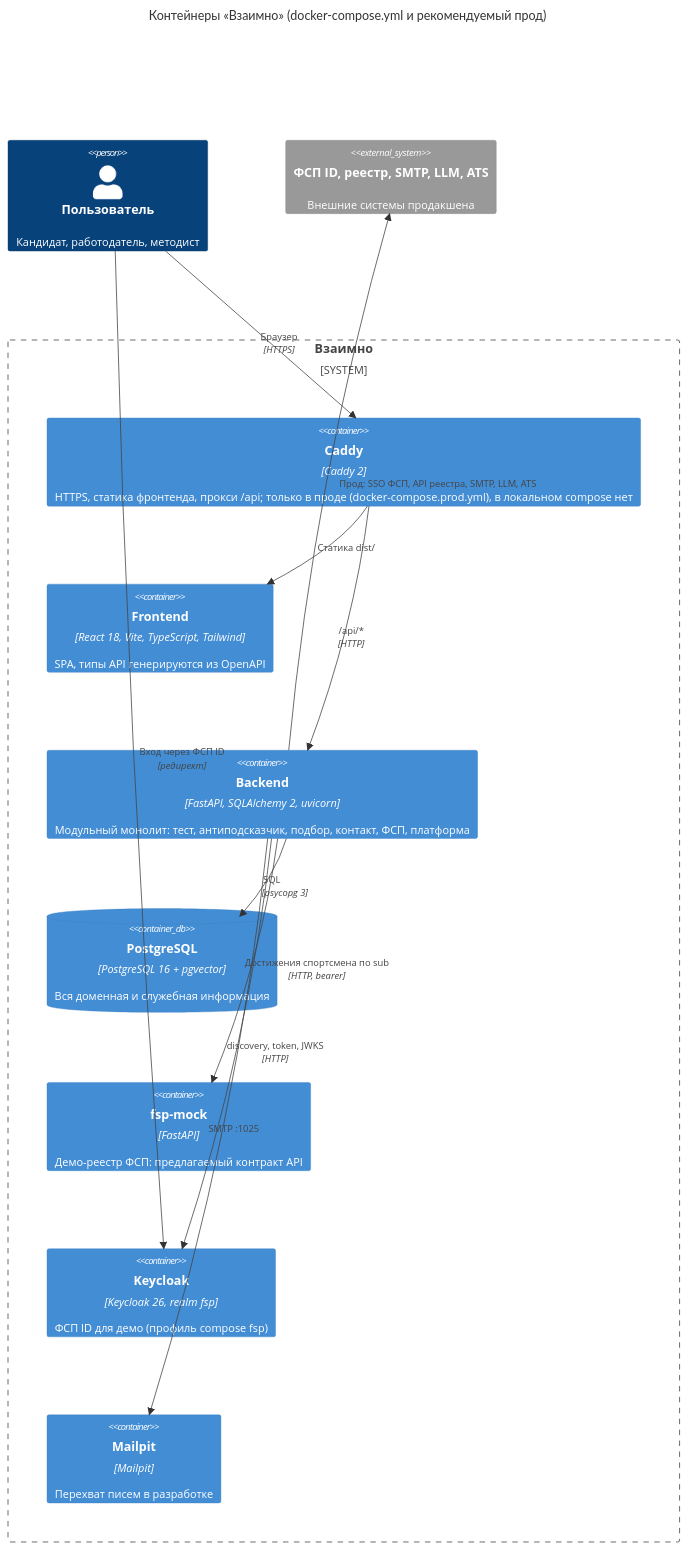
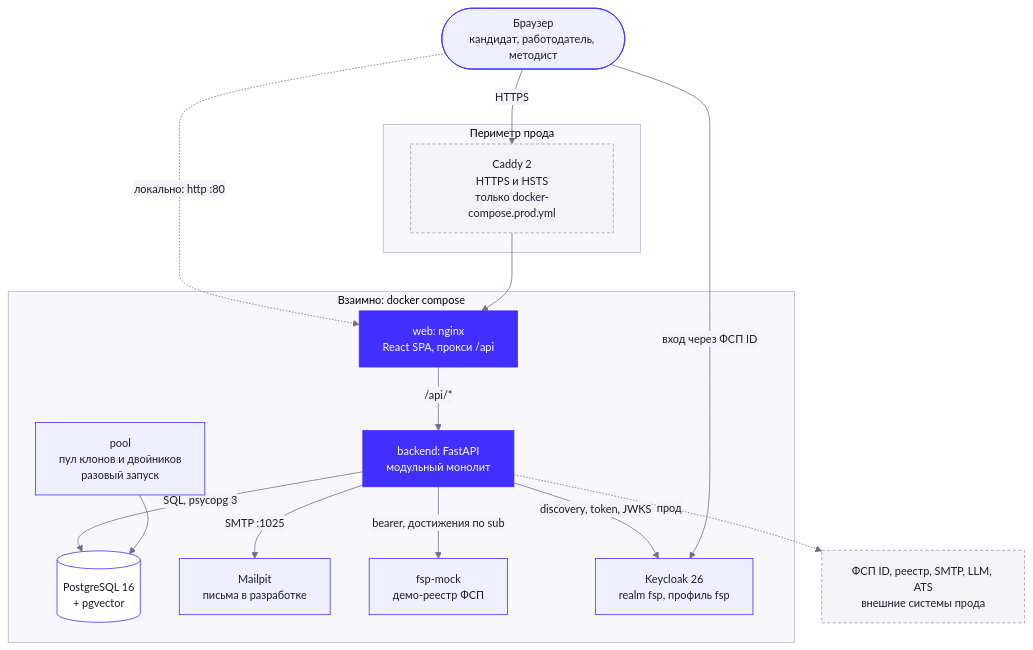
One commit to lpogosu/lct-msk changed the third of 16 diagrams in docs/ARCHITECTURE.md. Above: the diagram before and after it, drawn with Mermaid. The commit also changed other lines of this file and 49 other files, not shown here.

First line of the commit message:
Документация для жюри: карта по обязательному перечню, README-витрина, 26 схем Mermaid в едином стиле, API по OpenAPI (219 эндпоинтов), библиотеки по lock-файлам, сборка PDF (make docs-pdf)

````diff
--- a/docs/ARCHITECTURE.md
+++ b/docs/ARCHITECTURE.md
@@ -102,24 +107,32 @@
 ```mermaid
-C4Container
-  title Контейнеры «Взаимно» (docker-compose.yml и рекомендуемый прод)
-  Person(user, "Пользователь", "Кандидат, работодатель, методист")
-  System_Boundary(vz, "Взаимно") {
-    Container(proxy, "Caddy", "Caddy 2", "HTTPS, статика фронтенда, прокси /api; только в проде (docker-compose.prod.yml), в локальном compose нет")
-    Container(web, "Frontend", "React 18, Vite, TypeScript, Tailwind", "SPA, типы API генерируются из OpenAPI")
-    Container(api, "Backend", "FastAPI, SQLAlchemy 2, uvicorn", "Модульный монолит: тест, антиподсказчик, подбор, контакт, ФСП, платформа")
-    ContainerDb(db, "PostgreSQL", "PostgreSQL 16 + pgvector", "Вся доменная и служебная информация")
-    Container(mock, "fsp-mock", "FastAPI", "Демо-реестр ФСП: предлагаемый контракт API")
-    Container(kc, "Keycloak", "Keycloak 26, realm fsp", "ФСП ID для демо (профиль compose fsp)")
-    Container(mail, "Mailpit", "Mailpit", "Перехват писем в разработке")
-  }
-  System_Ext(ext, "ФСП ID, реестр, SMTP, LLM, ATS", "Внешние системы продакшена")
-  Rel(user, proxy, "Браузер", "HTTPS")
-  Rel(proxy, web, "Статика dist/")
-  Rel(proxy, api, "/api/*", "HTTP")
-  Rel(api, db, "SQL", "psycopg 3")
-  Rel(api, mock, "Достижения спортсмена по sub", "HTTP, bearer")
-  Rel(api, kc, "discovery, token, JWKS", "HTTP")
-  Rel(user, kc, "Вход через ФСП ID", "редирект")
-  Rel(api, mail, "SMTP :1025")
-  Rel(api, ext, "Прод: SSO ФСП, API реестра, SMTP, LLM, ATS")
+%%{init: {'theme':'base','themeVariables':{'primaryColor':'#EEF0FF','primaryBorderColor':'#402FFF','primaryTextColor':'#1B1B2F','lineColor':'#6F6F8C','secondaryColor':'#F4F4F8','tertiaryColor':'#FFFFFF','textColor':'#6F6F8C','edgeLabelBackground':'#F4F4F8','clusterBkg':'#F8F8FC','clusterBorder':'#B8B8D0','noteBkgColor':'#F4F4F8','noteTextColor':'#1B1B2F','noteBorderColor':'#9A9AB0','actorBkg':'#EEF0FF','actorBorder':'#402FFF','actorTextColor':'#1B1B2F','actorLineColor':'#9A9AB0','signalColor':'#6F6F8C','signalTextColor':'#6F6F8C','labelBoxBkgColor':'#EEF0FF','labelBoxBorderColor':'#402FFF','labelTextColor':'#1B1B2F','loopTextColor':'#6F6F8C','activationBkgColor':'#DCDFFF','activationBorderColor':'#402FFF','fontSize':'14px'}}}%%
+flowchart TB
+  user(["Браузер<br/>кандидат, работодатель, методист"])
+  subgraph PROD["Периметр прода"]
+    caddy["Caddy 2<br/>HTTPS и HSTS<br/>только docker-compose.prod.yml"]:::ext
+  end
+  subgraph VZ["Взаимно: docker compose"]
+    web["web: nginx<br/>React SPA, прокси /api"]:::acc
+    api["backend: FastAPI<br/>модульный монолит"]:::acc
+    db[("PostgreSQL 16<br/>+ pgvector")]:::db
+    pool["pool<br/>пул клонов и двойников<br/>разовый запуск"]
+    mail["Mailpit<br/>письма в разработке"]
+    mock["fsp-mock<br/>демо-реестр ФСП"]
+    kc["Keycloak 26<br/>realm fsp, профиль fsp"]
+  end
+  ext["ФСП ID, реестр, SMTP, LLM, ATS<br/>внешние системы прода"]:::ext
+  user -- "HTTPS" --> caddy
+  user -. "локально: http :80" .-> web
+  caddy --> web
+  web -- "/api/*" --> api
+  api -- "SQL, psycopg 3" --> db
+  pool --> db
+  api -- "SMTP :1025" --> mail
+  api -- "bearer, достижения по sub" --> mock
+  api -- "discovery, token, JWKS" --> kc
+  user -- "вход через ФСП ID" --> kc
+  api -. "прод" .-> ext
+  classDef acc fill:#402FFF,stroke:#402FFF,color:#FFFFFF;
+  classDef ext fill:#F4F4F8,stroke:#9A9AB0,color:#1B1B2F,stroke-dasharray:4 3;
+  classDef db fill:#FFFFFF,stroke:#402FFF,color:#1B1B2F;
 ```
````
